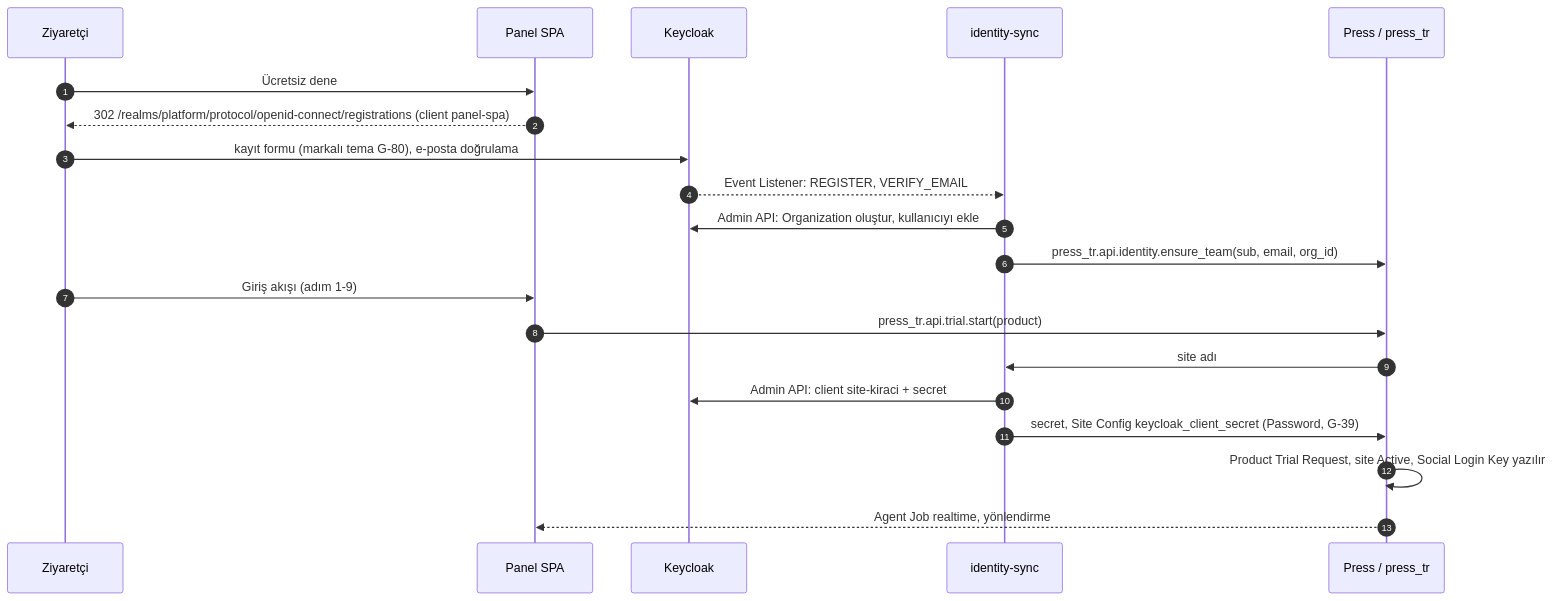
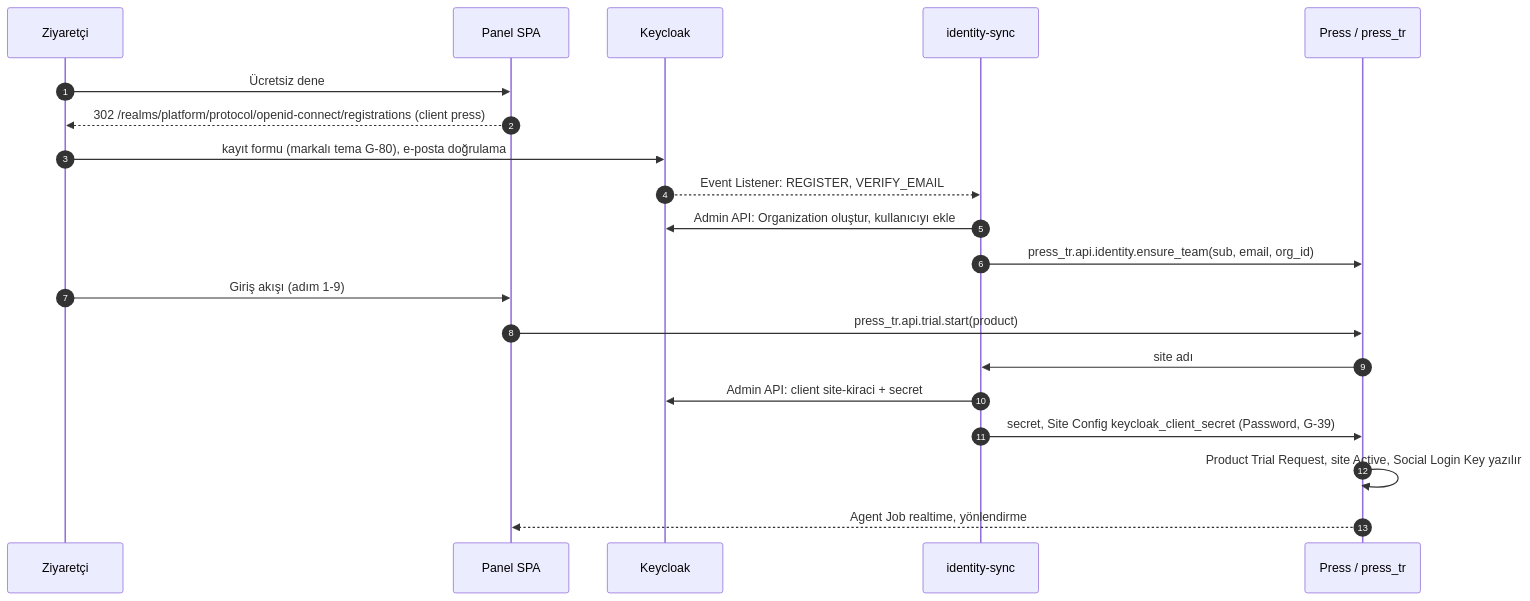
The second of 3 diagrams in src/content/docs/rail-4-keycloak.md (karacaismail/frappesetup), drawn with Mermaid before and after one commit. The commit also changed other lines of this file and 43 other files, not shown here.

````diff
--- a/src/content/docs/rail-4-keycloak.md
+++ b/src/content/docs/rail-4-keycloak.md
@@ -58,22 +72,22 @@
 ```mermaid
 sequenceDiagram
   autonumber
   participant U as Ziyaretçi
   participant P as Panel SPA
   participant K as Keycloak
   participant IS as identity-sync
   participant PR as Press / press_tr
   U->>P: Ücretsiz dene
-  P-->>U: 302 /realms/platform/protocol/openid-connect/registrations (client panel-spa)
+  P-->>U: 302 /realms/platform/protocol/openid-connect/registrations (client press)
   U->>K: kayıt formu (markalı tema G-80), e-posta doğrulama
   K-->>IS: Event Listener: REGISTER, VERIFY_EMAIL
   IS->>K: Admin API: Organization oluştur, kullanıcıyı ekle
   IS->>PR: press_tr.api.identity.ensure_team(sub, email, org_id)
   U->>P: Giriş akışı (adım 1-9)
   P->>PR: press_tr.api.trial.start(product)
   PR->>IS: site adı
   IS->>K: Admin API: client site-kiraci + secret
   IS->>PR: secret, Site Config keycloak_client_secret (Password, G-39)
   PR->>PR: Product Trial Request, site Active, Social Login Key yazılır
   PR-->>P: Agent Job realtime, yönlendirme
 ```
````
